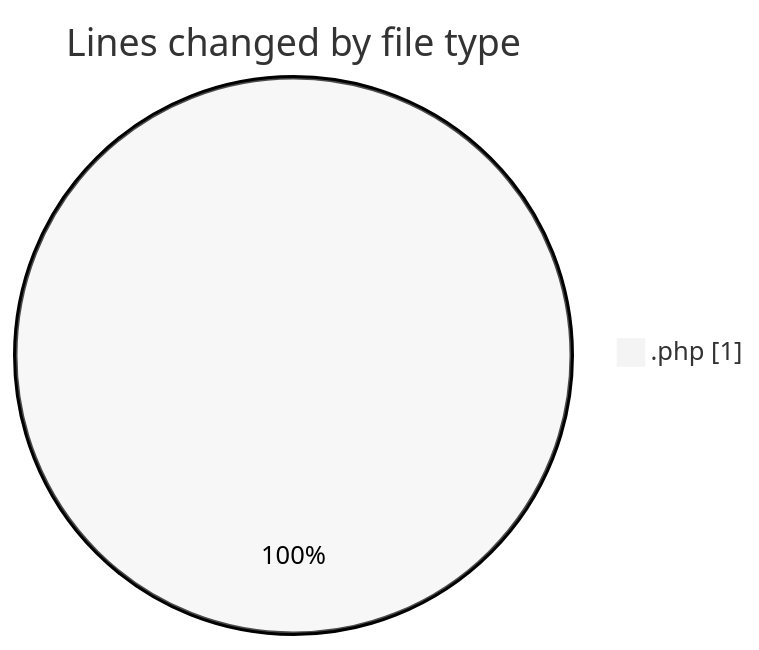
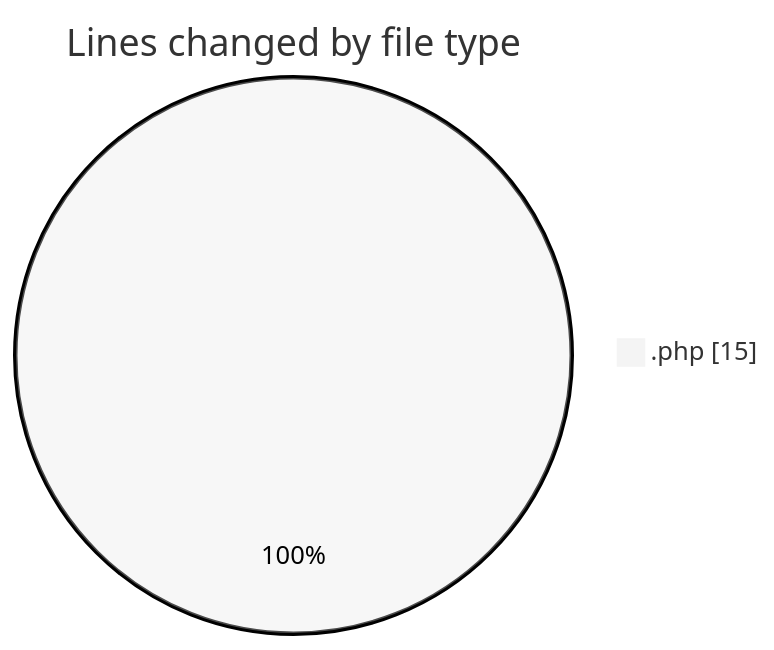
Before and after one commit to LanceThiago/code-tracking: the first of 2 diagrams in 2025-05-14/web/README.md, drawn with Mermaid (neutral theme). The commit also changed other lines of this file and 1 other file, not shown here.

````diff
--- a/2025-05-14/web/README.md
+++ b/2025-05-14/web/README.md
@@ -20,5 +20,5 @@
 ```mermaid
 pie showData
 title Lines changed by file type
-".php" : 1
+".php" : 15
 ```
````
